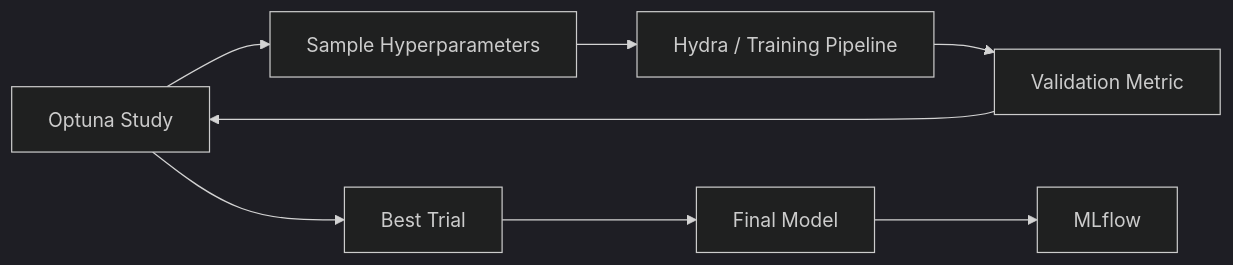
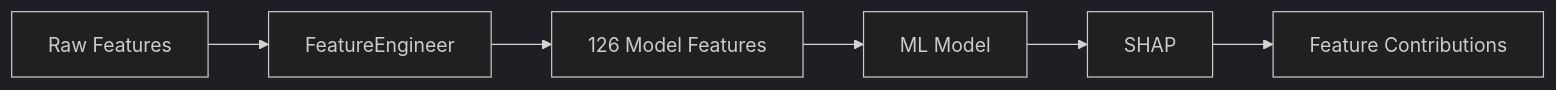
The third of 4 diagrams in README.md (rodrick-mpofu/counterdistill), drawn with Mermaid (dark theme) before and after one commit. The commit also changed other lines of this file, not shown here.

Commit message:
docs: update project architecture and reproducibility guide

````diff
--- a/README.md
+++ b/README.md
@@ -551,11 +342,8 @@
 ```mermaid
 flowchart LR
-    A[Optuna Study] --> B[Sample Hyperparameters]
-    B --> C[Hydra / Training Pipeline]
-    C --> D[Validation Metric]
-    D --> A
-
-    A --> E[Best Trial]
-    E --> F[Final Model]
-    F --> G[MLflow]
+    A[Raw Features] --> B[FeatureEngineer]
+    B --> C[126 Model Features]
+    C --> D[ML Model]
+    D --> E[SHAP]
+    E --> F[Feature Contributions]
 ```
````
